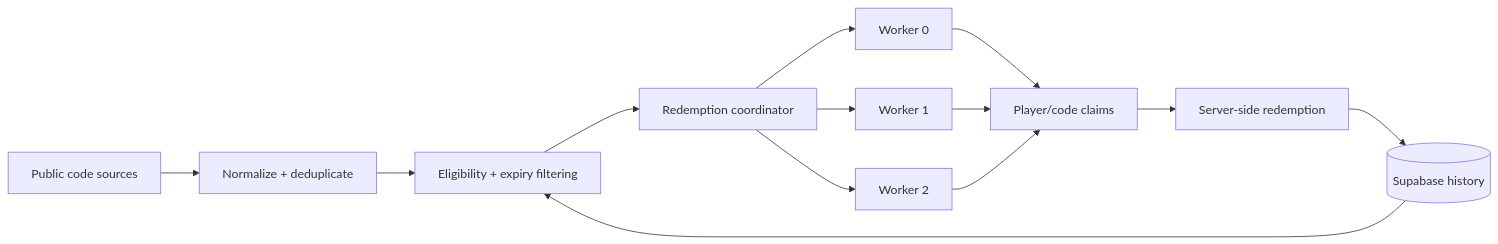
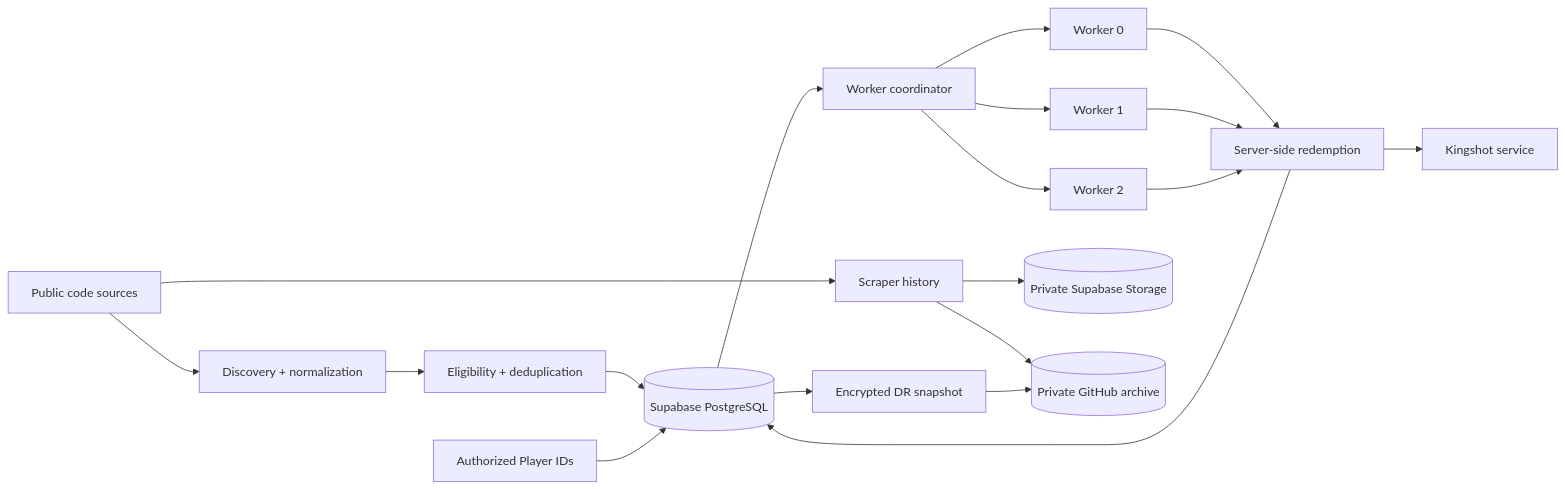
One commit to Judson-web/kingshot-auto-redeemer changed the first of 2 diagrams in README.md. Above: the diagram before and after it, drawn with Mermaid. The commit also changed other lines of this file, not shown here.

Commit message:
docs: overhaul README architecture and operations guide

````diff
--- a/README.md
+++ b/README.md
@@ -43,15 +45,21 @@
 ```mermaid
 flowchart LR
-    A[Public code sources] --> B[Normalize + deduplicate]
-    B --> C[Eligibility + expiry filtering]
-    C --> D[Redemption coordinator]
-    D --> W0[Worker 0]
-    D --> W1[Worker 1]
-    D --> W2[Worker 2]
-    W0 --> E[Player/code claims]
-    W1 --> E
-    W2 --> E
-    E --> F[Server-side redemption]
-    F --> G[(Supabase history)]
-    G --> C
+    A[Public code sources] --> B[Discovery + normalization]
+    B --> C[Eligibility + deduplication]
+    C --> D[(Supabase PostgreSQL)]
+    P[Authorized Player IDs] --> D
+    D --> E[Worker coordinator]
+    E --> W0[Worker 0]
+    E --> W1[Worker 1]
+    E --> W2[Worker 2]
+    W0 --> R[Server-side redemption]
+    W1 --> R
+    W2 --> R
+    R --> K[Kingshot service]
+    R --> D
+    A --> H[Scraper history]
+    H --> S[(Private Supabase Storage)]
+    H --> G[(Private GitHub archive)]
+    D --> V[Encrypted DR snapshot]
+    V --> G
 ```
````
